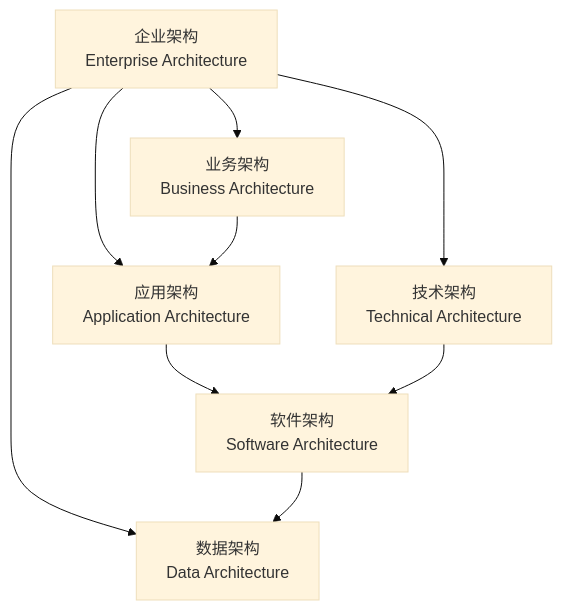
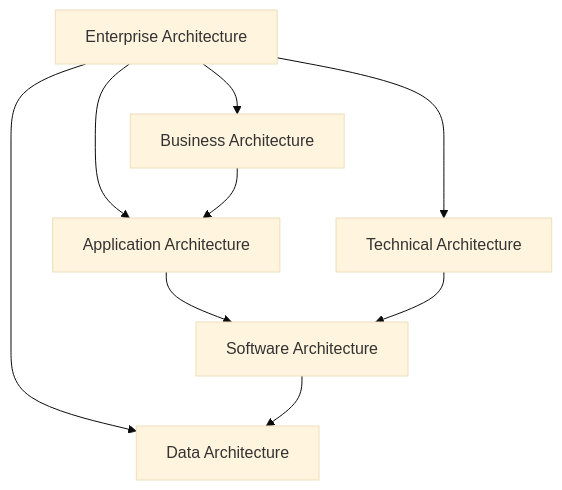
Before and after one commit to uwspstar/From-Zero-to-Hero: the second of 2 diagrams in Architecture/Readme.md, drawn with Mermaid (base theme). The commit also changed other lines of this file, not shown here.

````diff
--- a/Architecture/Readme.md
+++ b/Architecture/Readme.md
@@ -26,18 +26,18 @@
 ```mermaid
 flowchart TD
-    EA[企业架构<br>Enterprise Architecture]
-    BA[业务架构<br>Business Architecture]
-    AA[应用架构<br>Application Architecture]
-    TA[技术架构<br>Technical Architecture]
-    DA[数据架构<br>Data Architecture]
-    SA[软件架构<br>Software Architecture]
+    EA[Enterprise Architecture]
+    BA[Business Architecture]
+    AA[Application Architecture]
+    TA[Technical Architecture]
+    DA[Data Architecture]
+    SA[Software Architecture]
 
     EA --> BA
     EA --> AA
     EA --> TA
     EA --> DA
     BA --> AA
     AA --> SA
     TA --> SA
     SA --> DA
 ```
````
